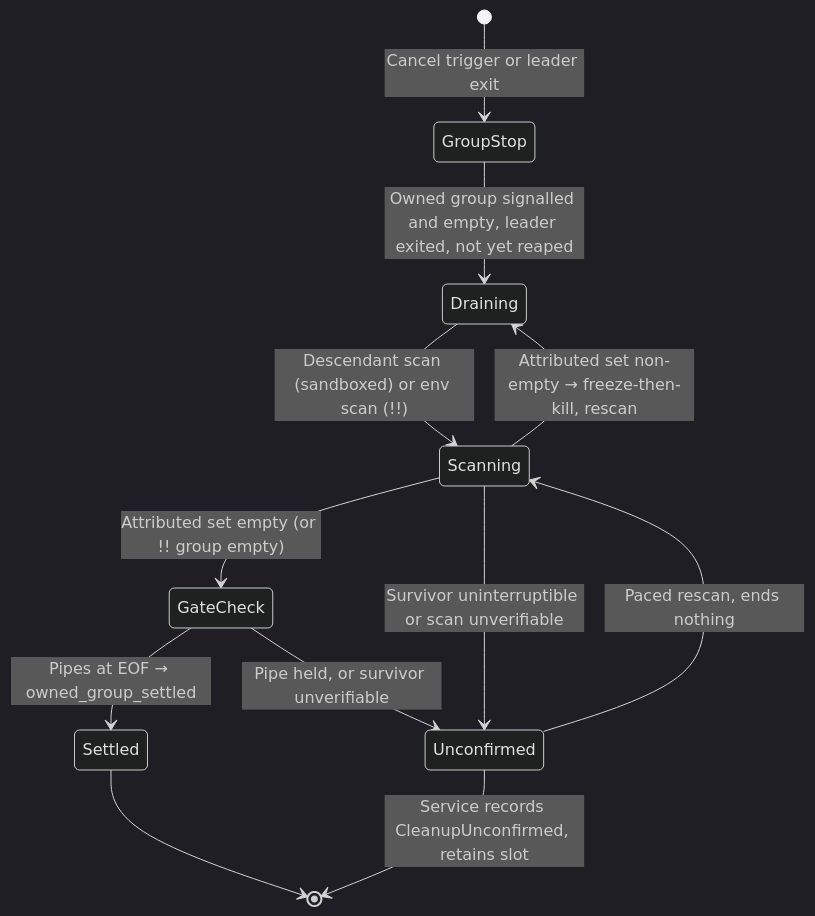
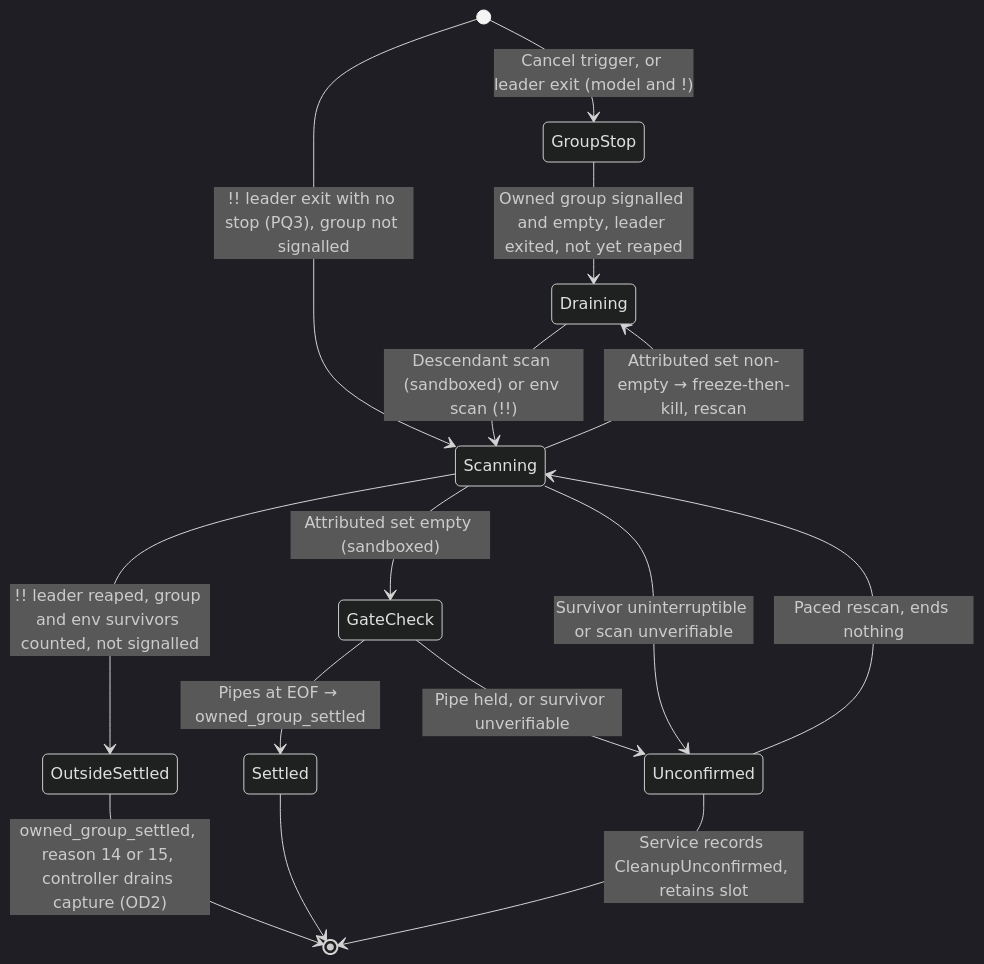
The third of 3 diagrams in docs/designs/escapee-control.md (pidster/asura), drawn with Mermaid (dark theme) before and after one commit. The commit also changed other lines of this file and 14 other files, not shown here.

````diff
--- a/docs/designs/escapee-control.md
+++ b/docs/designs/escapee-control.md
@@ -360,14 +393,17 @@
 ```mermaid
 stateDiagram-v2
-    [*] --> GroupStop: Cancel trigger or leader exit
+    [*] --> GroupStop: Cancel trigger, or leader exit (model and !)
+    [*] --> Scanning: !! leader exit with no stop (PQ3), group not signalled
     GroupStop --> Draining: Owned group signalled and empty, leader exited, not yet reaped
     Draining --> Scanning: Descendant scan (sandboxed) or env scan (!!)
     Scanning --> Draining: Attributed set non-empty → freeze-then-kill, rescan
-    Scanning --> GateCheck: Attributed set empty (or !! group empty)
+    Scanning --> GateCheck: Attributed set empty (sandboxed)
+    Scanning --> OutsideSettled: !! leader reaped, group and env survivors counted, not signalled
+    OutsideSettled --> [*]: owned_group_settled, reason 14 or 15, controller drains capture (OD2)
     GateCheck --> Settled: Pipes at EOF → owned_group_settled
     GateCheck --> Unconfirmed: Pipe held, or survivor unverifiable
     Scanning --> Unconfirmed: Survivor uninterruptible or scan unverifiable
     Unconfirmed --> Scanning: Paced rescan, ends nothing
     Settled --> [*]
     Unconfirmed --> [*]: Service records CleanupUnconfirmed, retains slot
 ```
````
